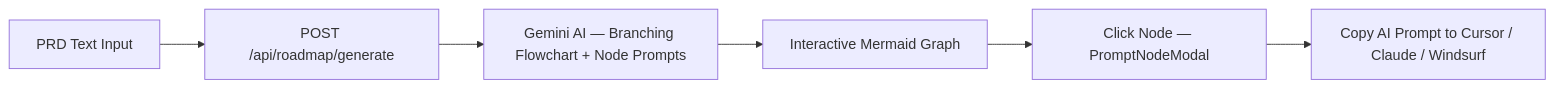
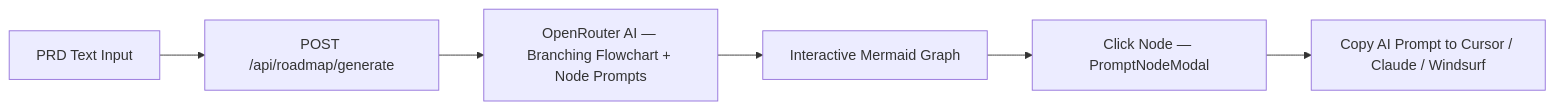
The first of 3 diagrams in README.md (AZWALUWU/arch-advisor), drawn with Mermaid before and after one commit. The commit also changed other lines of this file and 14 other files, not shown here.

````diff
--- a/README.md
+++ b/README.md
@@ -128,8 +130,8 @@
 ```mermaid
 flowchart LR
     A["PRD Text Input"] --> B["POST /api/roadmap/generate"]
-    B --> C["Gemini AI — Branching Flowchart + Node Prompts"]
+    B --> C["OpenRouter AI — Branching Flowchart + Node Prompts"]
     C --> D["Interactive Mermaid Graph"]
     D --> E["Click Node — PromptNodeModal"]
     E --> F["Copy AI Prompt to Cursor / Claude / Windsurf"]
 ```
````
